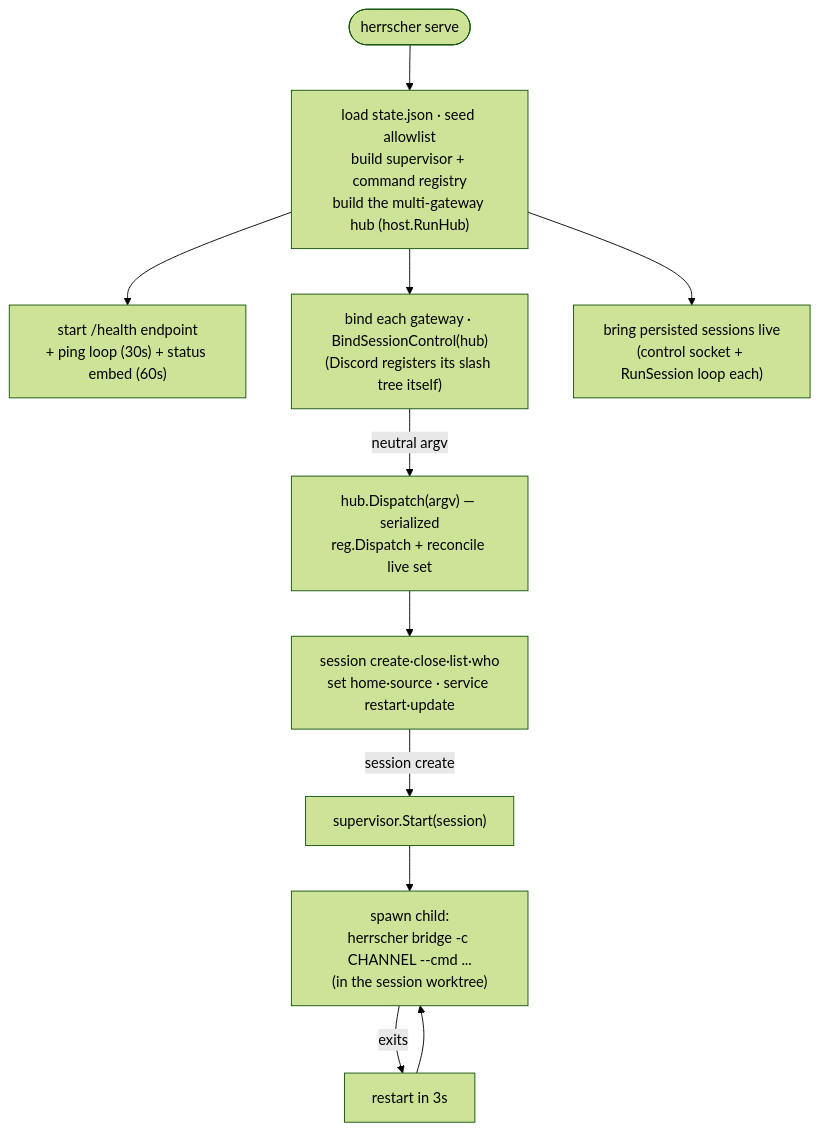
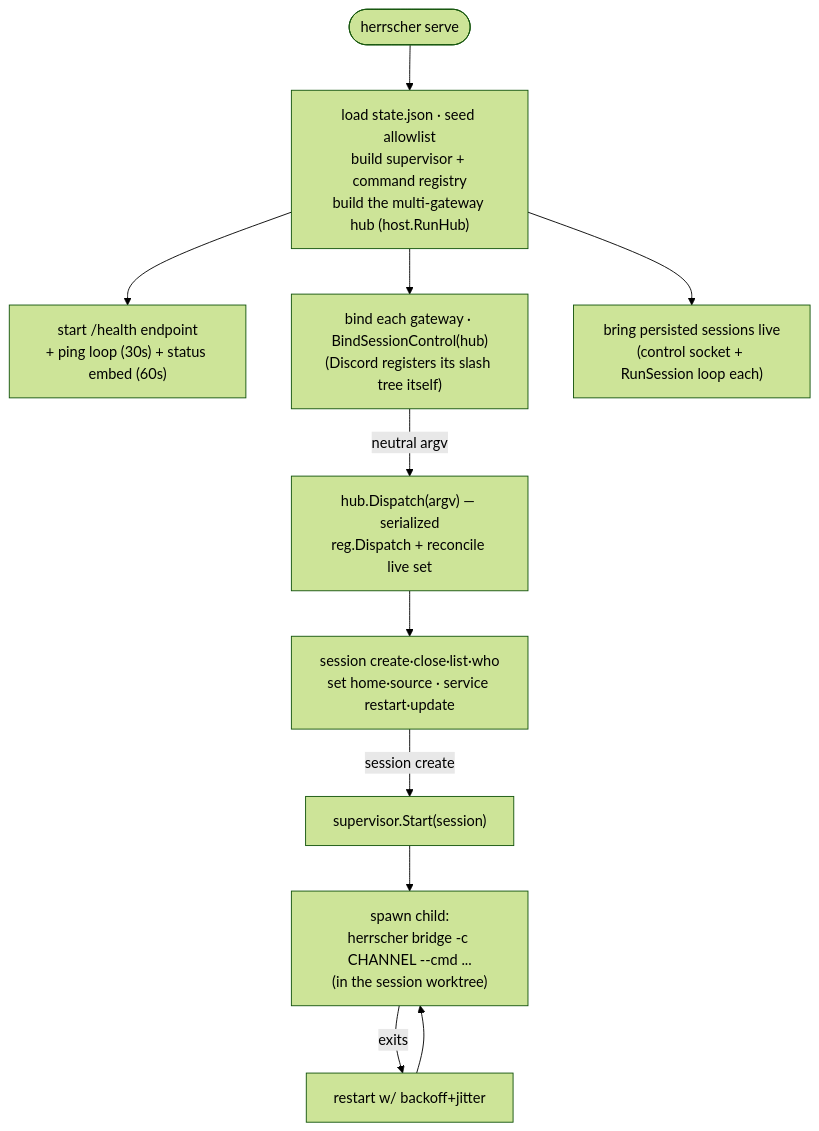
One commit to Herrscherd/herrscher changed the fourth of 6 diagrams in README.md. Above: the diagram before and after it, drawn with Mermaid (forest theme). The commit also changed other lines of this file and 5 other files, not shown here.

First line of the commit message:
feat(A2): exponential backoff with jitter for restart loops

````diff
--- a/README.md
+++ b/README.md
@@ -266,12 +266,12 @@
 ```mermaid
 flowchart TB
     START(["herrscher serve"]) --> INIT["load state.json · seed allowlist<br/>build supervisor + command registry<br/>build the multi-gateway hub (host.RunHub)"]
     INIT --> HEALTH["start /health endpoint<br/>+ ping loop (30s) + status embed (60s)"]
     INIT --> BIND["bind each gateway · BindSessionControl(hub)<br/>(Discord registers its slash tree itself)"]
     INIT --> LIVE["bring persisted sessions live<br/>(control socket + RunSession loop each)"]
     BIND -->|neutral argv| DISPATCH["hub.Dispatch(argv) — serialized<br/>reg.Dispatch + reconcile live set"]
     DISPATCH --> CMDS["session create·close·list·who<br/>set home·source · service restart·update"]
     CMDS -->|session create| SUP["supervisor.Start(session)"]
     SUP --> CHILD["spawn child:<br/>herrscher bridge -c CHANNEL --cmd ...<br/>(in the session worktree)"]
-    CHILD -->|exits| RESTART["restart in 3s"] --> CHILD
+    CHILD -->|exits| RESTART["restart w/ backoff+jitter"] --> CHILD
 ```
````
